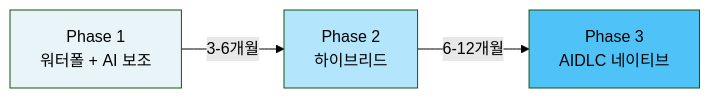
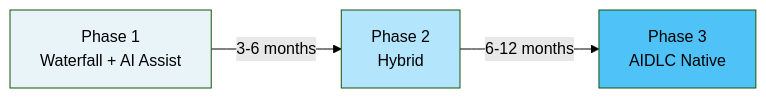
One commit to devfloor9/engineering-playbook changed the first of 4 diagrams in docs/aidlc/enterprise/adoption-strategy.md. Above: the diagram before and after it, drawn with Mermaid (forest theme). The commit also changed other lines of this file and 954 other files, not shown here.

````diff
--- a/docs/aidlc/enterprise/adoption-strategy.md
+++ b/docs/aidlc/enterprise/adoption-strategy.md
@@ -49,13 +49,13 @@
 ```mermaid
 graph LR
-    Phase1["Phase 1<br/>워터폴 + AI 보조"]
-    Phase2["Phase 2<br/>하이브리드"]
-    Phase3["Phase 3<br/>AIDLC 네이티브"]
+    Phase1["Phase 1<br/>Waterfall + AI Assist"]
+    Phase2["Phase 2<br/>Hybrid"]
+    Phase3["Phase 3<br/>AIDLC Native"]
 
-    Phase1 -->|3-6개월| Phase2
-    Phase2 -->|6-12개월| Phase3
+    Phase1 -->|3-6 months| Phase2
+    Phase2 -->|6-12 months| Phase3
 
     style Phase1 fill:#e8f4f8
     style Phase2 fill:#b3e5fc
     style Phase3 fill:#4fc3f7
 ```
````
